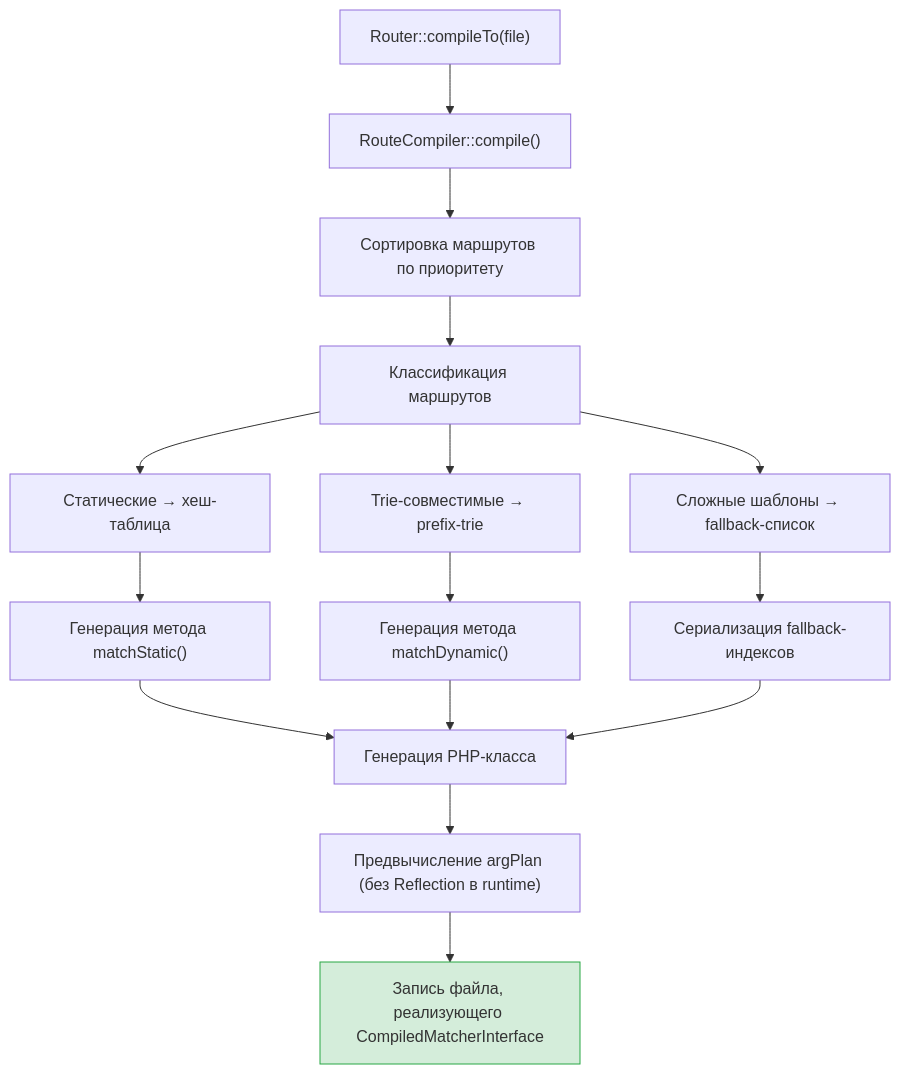
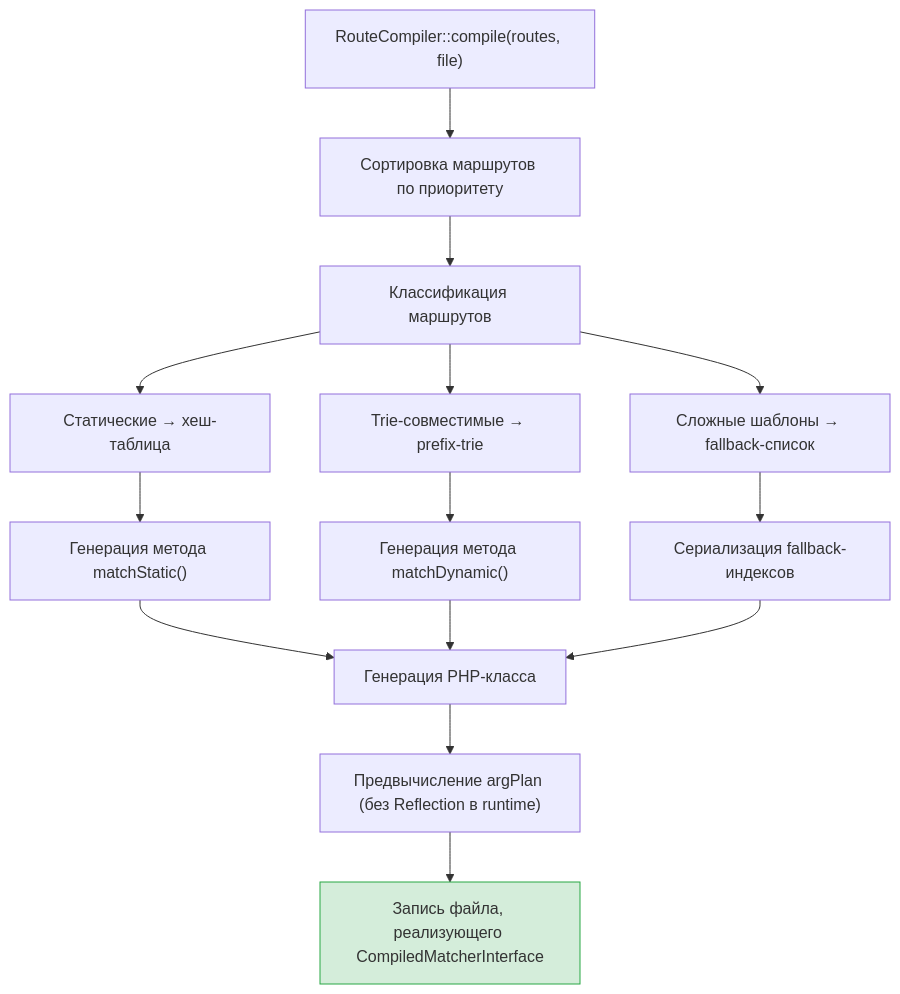
One commit to ascetic-soft/Waypoint changed the sixth of 8 diagrams in ru/internals.md. Above: the diagram before and after it, drawn with Mermaid. The commit also changed other lines of this file and 13 other files, not shown here.

Commit message:
Update documentation for v1.2.1: RouteRegistrar API, optional PSR deps, trie optimizations

````diff
--- a/ru/internals.md
+++ b/ru/internals.md
@@ -284,23 +290,22 @@
 ```mermaid
 flowchart TD
-    A["Router::compileTo(file)"] --> B["RouteCompiler::compile()"]
-    B --> C["Сортировка маршрутов по приоритету"]
-    C --> D["Классификация маршрутов"]
+    A["RouteCompiler::compile(routes, file)"] --> B["Сортировка маршрутов по приоритету"]
+    B --> C["Классификация маршрутов"]
 
-    D --> E["Статические → хеш-таблица"]
-    D --> F["Trie-совместимые → prefix-trie"]
-    D --> G["Сложные шаблоны → fallback-список"]
+    C --> D["Статические → хеш-таблица"]
+    C --> E["Trie-совместимые → prefix-trie"]
+    C --> F["Сложные шаблоны → fallback-список"]
 
-    E --> H["Генерация метода matchStatic()"]
-    F --> I["Генерация метода matchDynamic()"]
-    G --> J["Сериализация fallback-индексов"]
+    D --> G["Генерация метода matchStatic()"]
+    E --> H["Генерация метода matchDynamic()"]
+    F --> I["Сериализация fallback-индексов"]
 
-    H --> K["Генерация PHP-класса"]
-    I --> K
-    J --> K
+    G --> J["Генерация PHP-класса"]
+    H --> J
+    I --> J
 
-    K --> L["Предвычисление argPlan (без Reflection в runtime)"]
-    L --> M["Запись файла, реализующего CompiledMatcherInterface"]
+    J --> K["Предвычисление argPlan (без Reflection в runtime)"]
+    K --> L["Запись файла, реализующего CompiledMatcherInterface"]
 
-    style M fill:#d4edda,stroke:#28a745
+    style L fill:#d4edda,stroke:#28a745
 ```
````
